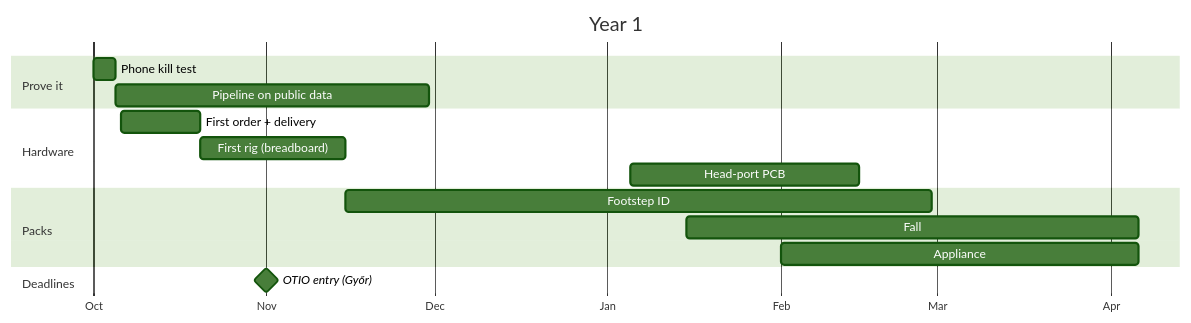
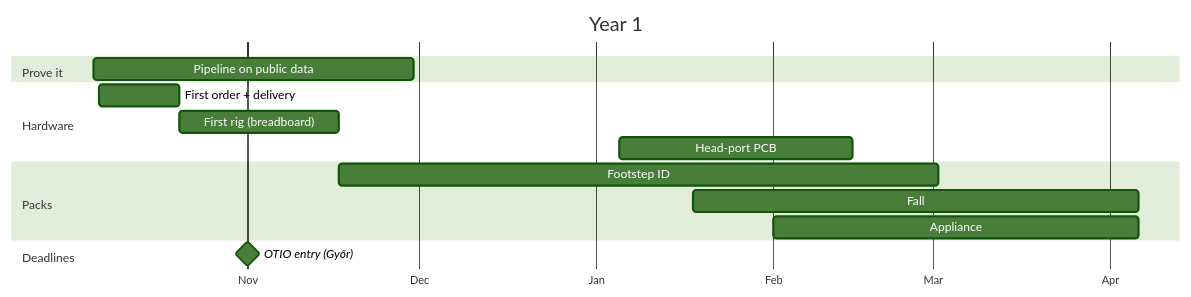
Before and after one commit to Kaszti49/Rezonating: the diagram in 10 Project/Roadmap.md, drawn with Mermaid (forest theme). The commit also changed other lines of this file and 40 other files, not shown here.

First line of the commit message:
Vault: ADC 15 Click prototype, drop kill test, Mon/Tue schedule, pc-10

````diff
--- a/10 Project/Roadmap.md
+++ b/10 Project/Roadmap.md
@@ -17,19 +18,18 @@
 ```mermaid
 gantt
     title Year 1
     dateFormat YYYY-MM-DD
     axisFormat %b
     section Prove it
-    Phone kill test            :a1, 2026-10-01, 4d
     Pipeline on public data    :a2, 2026-10-05, 2026-11-30
     section Hardware
     First order + delivery     :b1, 2026-10-06, 14d
-    First rig (breadboard)     :b2, 2026-10-20, 2026-11-15
+    First rig (breadboard)     :b2, 2026-10-20, 2026-11-17
     Head-port PCB              :b3, 2027-01-05, 2027-02-15
     section Packs
-    Footstep ID                :c1, 2026-11-15, 2027-02-28
-    Fall                       :c2, 2027-01-15, 2027-04-06
+    Footstep ID                :c1, 2026-11-17, 2027-03-02
+    Fall                       :c2, 2027-01-18, 2027-04-06
     Appliance                  :c3, 2027-02-01, 2027-04-06
     section Deadlines
     OTIO entry (Győr)          :milestone, m1, 2026-11-01, 0d
 ```
````
